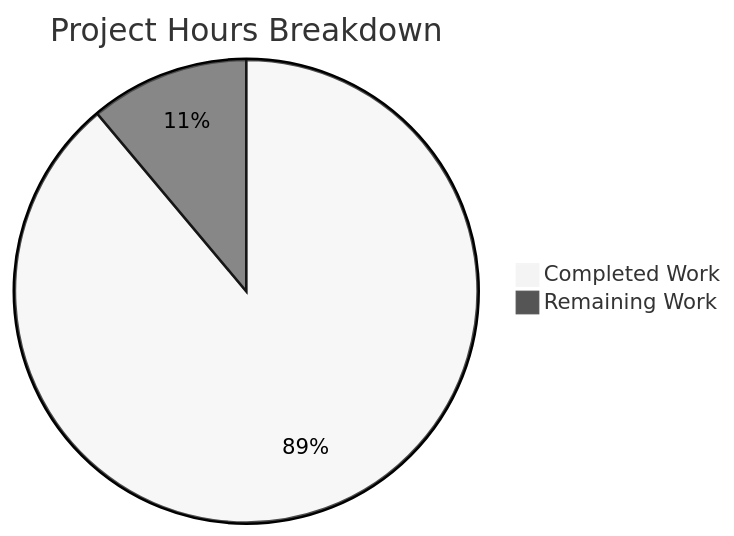
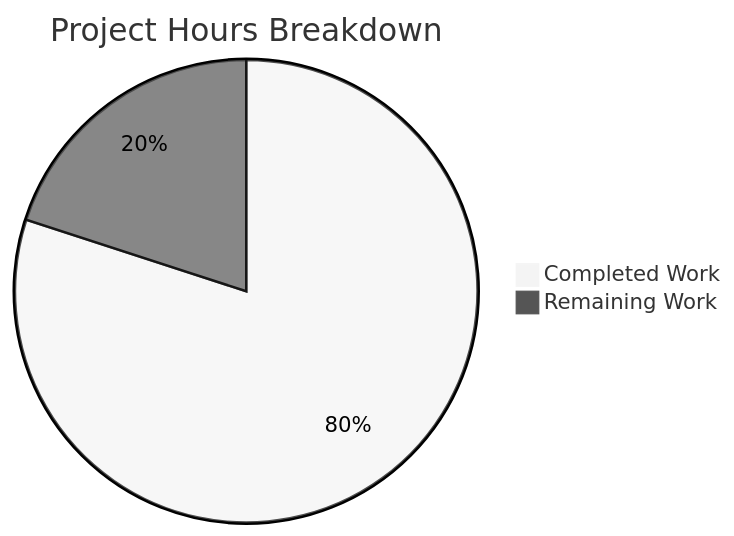
One commit to blitzy-public-samples/blitzy-weekend-planner-ai-agent changed the diagram in blitzy/documentation/Project Guide.md. Above: the diagram before and after it, drawn with Mermaid (neutral theme). The commit also changed other lines of this file, not shown here.

Commit message:
Adding Blitzy Project Guide: Project Status and Human Tasks Remaining

````diff
--- a/blitzy/documentation/Project Guide.md
+++ b/blitzy/documentation/Project Guide.md
@@ -90,5 +108,5 @@
 ```mermaid
 pie title Project Hours Breakdown
-    "Completed Work" : 80
-    "Remaining Work" : 10
+    "Completed Work" : 8
+    "Remaining Work" : 2
 ```
````
